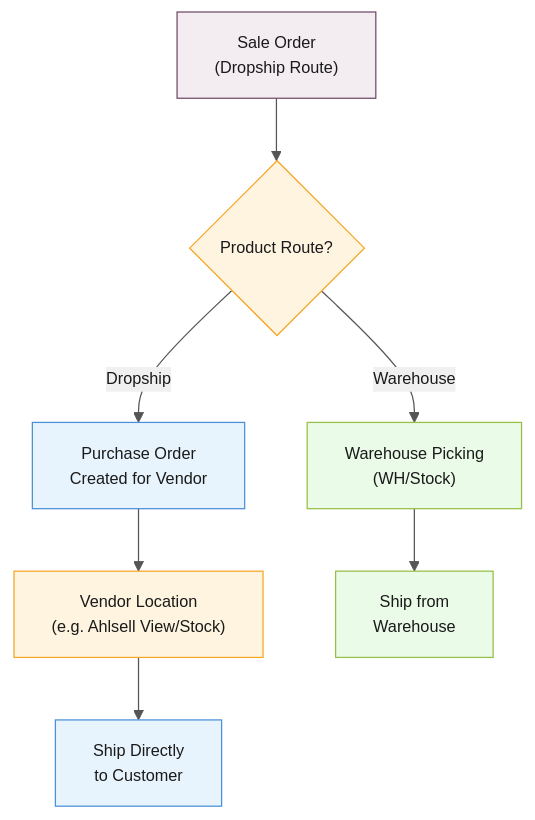
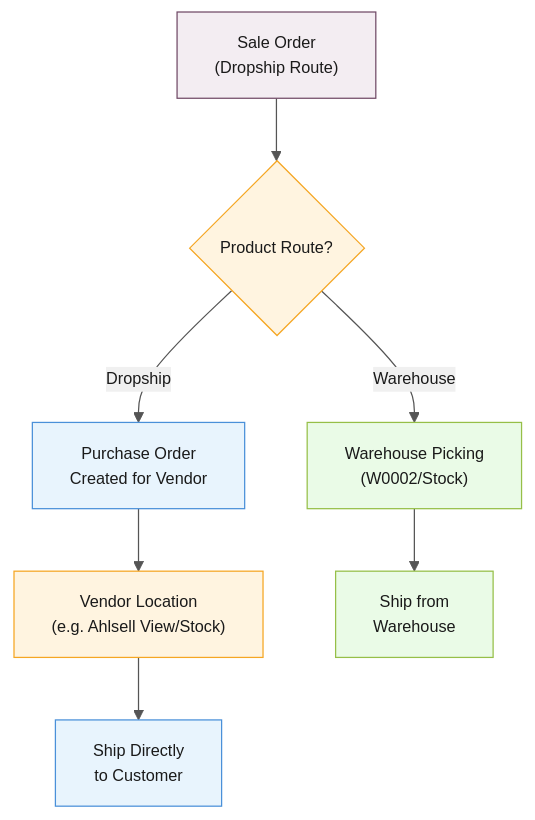
Before and after one commit to ozan-droid/documents: the seventh of 16 diagrams in shopify-sync-odoo-scenarios.md, drawn with Mermaid. The commit also changed other lines of this file, not shown here.

````diff
--- a/shopify-sync-odoo-scenarios.md
+++ b/shopify-sync-odoo-scenarios.md
@@ -312,21 +312,21 @@
 ```mermaid
 %%{init: {'theme': 'base', 'themeVariables': {'primaryColor': '#f0f0f0', 'primaryTextColor': '#1a1a1a', 'lineColor': '#555', 'textColor': '#1a1a1a', 'fontSize': '13px'}}}%%
 flowchart TD
     SO["Sale Order\n(Dropship Route)"] --> ROUTE{"Product Route?"}
     
     ROUTE -->|"Dropship"| PO["Purchase Order\nCreated for Vendor"]
-    ROUTE -->|"Warehouse"| PICK["Warehouse Picking\n(WH/Stock)"]
+    ROUTE -->|"Warehouse"| PICK["Warehouse Picking\n(W0002/Stock)"]
     
     PO --> VENDOR_LOC["Vendor Location\n(e.g. Ahlsell View/Stock)"]
     VENDOR_LOC --> SHIP["Ship Directly\nto Customer"]
     
     PICK --> WH_SHIP["Ship from\nWarehouse"]
 
     style SO fill:#f3edf2,stroke:#714b67,color:#1a1a1a
     style ROUTE fill:#fff4e0,stroke:#f5a623,color:#1a1a1a
     style PO fill:#e8f4fd,stroke:#4a90d9,color:#1a1a1a
     style PICK fill:#eafbe7,stroke:#96bf48,color:#1a1a1a
     style VENDOR_LOC fill:#fff4e0,stroke:#f5a623,color:#1a1a1a
     style SHIP fill:#e8f4fd,stroke:#4a90d9,color:#1a1a1a
     style WH_SHIP fill:#eafbe7,stroke:#96bf48,color:#1a1a1a
 ```
````
